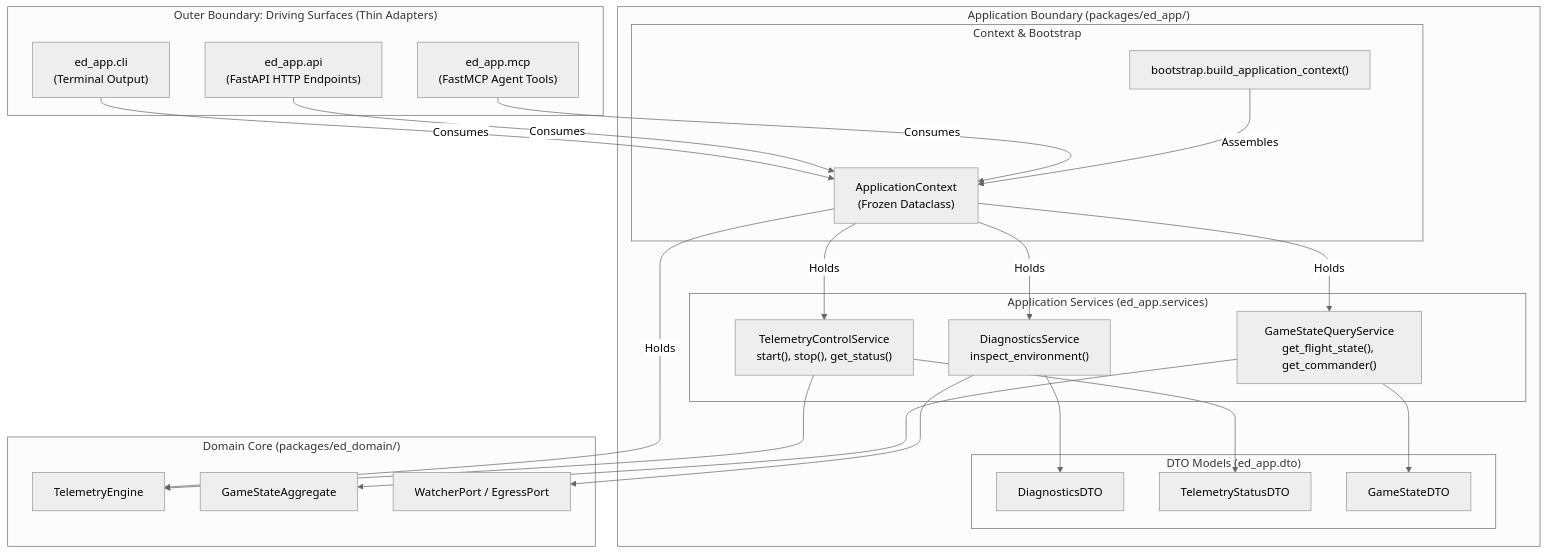
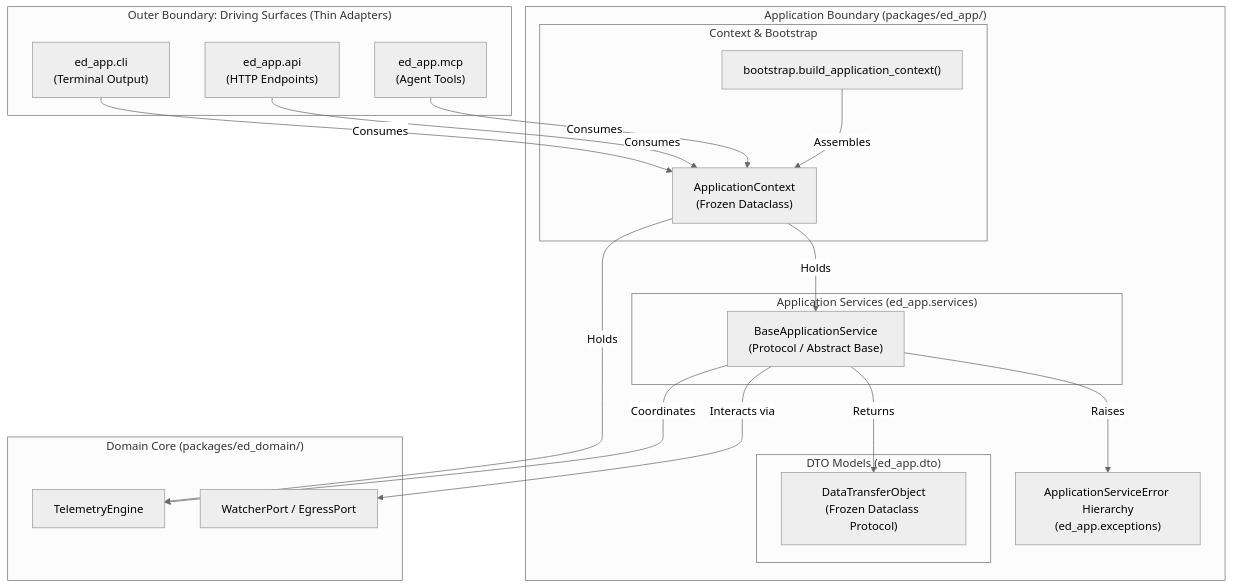
One commit to mnaatjes/ed-telemetry changed the diagram in architecture/designs/0008_application_service_layer_and_boundary_contracts.md. Above: the diagram before and after it, drawn with Mermaid (neutral theme). The commit also changed other lines of this file and 1 other file, not shown here.

Commit message:
docs(architecture): refine ADR 0010 and SDD-008 strictly to structural scaffolding

````diff
--- a/architecture/designs/0008_application_service_layer_and_boundary_contracts.md
+++ b/architecture/designs/0008_application_service_layer_and_boundary_contracts.md
@@ -26,50 +27,43 @@
 ```mermaid
 flowchart TD
     subgraph DrivingSurfaces["Outer Boundary: Driving Surfaces (Thin Adapters)"]
         CLI["ed_app.cli<br/>(Terminal Output)"]
-        REST["ed_app.api<br/>(FastAPI HTTP Endpoints)"]
-        MCP["ed_app.mcp<br/>(FastMCP Agent Tools)"]
+        REST["ed_app.api<br/>(HTTP Endpoints)"]
+        MCP["ed_app.mcp<br/>(Agent Tools)"]
     end
 
     subgraph AppBoundary["Application Boundary (packages/ed_app/)"]
         subgraph ContextPlane["Context & Bootstrap"]
             Context["ApplicationContext<br/>(Frozen Dataclass)"]
             Boot["bootstrap.build_application_context()"]
         end
 
         subgraph ServicePlane["Application Services (ed_app.services)"]
-            DiagService["DiagnosticsService<br/>inspect_environment()"]
-            ControlService["TelemetryControlService<br/>start(), stop(), get_status()"]
-            QueryService["GameStateQueryService<br/>get_flight_state(), get_commander()"]
+            BaseService["BaseApplicationService<br/>(Protocol / Abstract Base)"]
         end
 
         subgraph DTOPlane["DTO Models (ed_app.dto)"]
-            DiagDTO["DiagnosticsDTO"]
-            ControlDTO["TelemetryStatusDTO"]
-            StateDTO["GameStateDTO"]
+            BaseDTO["DataTransferObject<br/>(Frozen Dataclass Protocol)"]
         end
+
+        Exceptions["ApplicationServiceError Hierarchy<br/>(ed_app.exceptions)"]
     end
 
     subgraph DomainCore["Domain Core (packages/ed_domain/)"]
         Engine["TelemetryEngine"]
-        StateAgg["GameStateAggregate"]
         Ports["WatcherPort / EgressPort"]
     end
 
     CLI -->|Consumes| Context
     REST -->|Consumes| Context
     MCP -->|Consumes| Context
 
     Boot -->|Assembles| Context
-    Context -->|Holds| DiagService
-    Context -->|Holds| ControlService
-    Context -->|Holds| QueryService
+    Context -->|Holds| BaseService
     Context -->|Holds| Engine
 
-    DiagService --> Ports
-    DiagService --> DiagDTO
-    ControlService --> Engine
-    ControlService --> ControlDTO
-    QueryService --> StateAgg
-    QueryService --> StateDTO
+    BaseService -->|Returns| BaseDTO
+    BaseService -->|Raises| Exceptions
+    BaseService -->|Coordinates| Engine
+    BaseService -->|Interacts via| Ports
 ```
````
